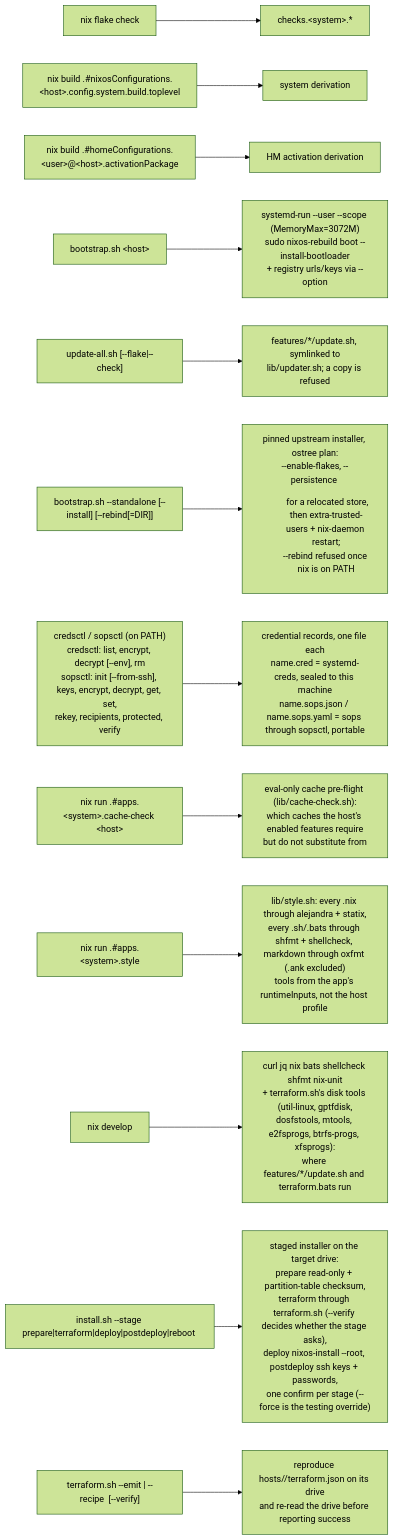
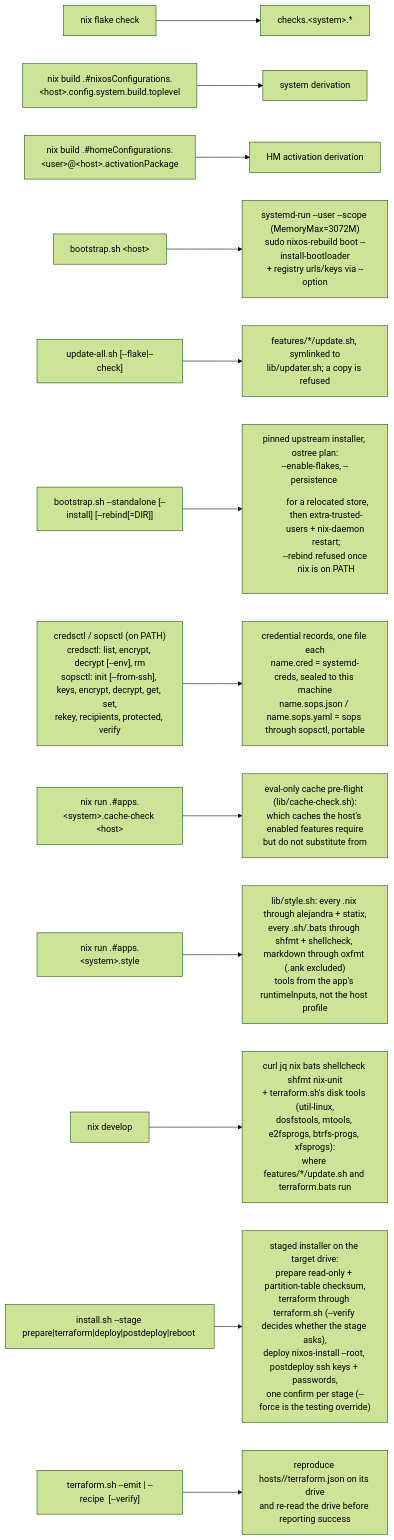
The seventh of 7 diagrams in DESIGN.md (WombatFromHell/automatic-palm-tree), drawn with Mermaid (forest theme) before and after one commit. The commit also changed other lines of this file and 9 other files, not shown here.

Commit message:
disk tooling is sfdisk everywhere, and terraform.sh creates the mount root before mounting it

````diff
--- a/DESIGN.md
+++ b/DESIGN.md
@@ -394,15 +394,15 @@
 ```mermaid
 flowchart LR
   E["nix flake check"] --> CK["checks.&lt;system&gt;.*"]
   E2["nix build .#nixosConfigurations.&lt;host&gt;.config.system.build.toplevel"] --> NC["system derivation"]
   E3["nix build .#homeConfigurations.&lt;user&gt;@&lt;host&gt;.activationPackage"] --> HC["HM activation derivation"]
   E4["bootstrap.sh &lt;host&gt;"] --> RB["systemd-run --user --scope (MemoryMax=3072M)<br/>sudo nixos-rebuild boot --install-bootloader<br/>+ registry urls/keys via --option"]
   E5["update-all.sh [--flake|--check]"] --> UP["features/*/update.sh, symlinked to<br/>lib/updater.sh; a copy is refused"]
   E6["bootstrap.sh --standalone [--install] [--rebind[=DIR]]"] --> IN["pinned upstream installer, ostree plan:<br/>--enable-flakes, --persistence <dir> for a relocated store,<br/>then extra-trusted-users + nix-daemon restart;<br/>--rebind refused once nix is on PATH"]
   E7["credsctl / sopsctl (on PATH)<br/>credsctl: list, encrypt, decrypt [--env], rm<br/>sopsctl: init [--from-ssh], keys, encrypt, decrypt, get, set,<br/>rekey, recipients, protected, verify"] --> CR["credential records, one file each<br/>name.cred = systemd-creds, sealed to this machine<br/>name.sops.json / name.sops.yaml = sops through sopsctl, portable"]
   E8["nix run .#apps.&lt;system&gt;.cache-check &lt;host&gt;"] --> CF["eval-only cache pre-flight (lib/cache-check.sh):<br/>which caches the host's enabled features require<br/>but do not substitute from"]
   E9["nix run .#apps.&lt;system&gt;.style"] --> ST["lib/style.sh: every .nix through alejandra + statix,<br/>every .sh/.bats through shfmt + shellcheck, markdown through oxfmt (.ank excluded)<br/>tools from the app's runtimeInputs, not the host profile"]
-  E10["nix develop"] --> DEV["curl jq nix bats shellcheck shfmt nix-unit<br/>+ terraform.sh's disk tools (util-linux, gptfdisk,<br/>dosfstools, mtools, e2fsprogs, btrfs-progs, xfsprogs):<br/>where features/*/update.sh and terraform.bats run"]
+  E10["nix develop"] --> DEV["curl jq nix bats shellcheck shfmt nix-unit<br/>+ terraform.sh's disk tools (util-linux,<br/>dosfstools, mtools, e2fsprogs, btrfs-progs, xfsprogs):<br/>where features/*/update.sh and terraform.bats run"]
   E11["install.sh --stage prepare|terraform|deploy|postdeploy|reboot <host>"] --> INS["staged installer on the target drive:<br/>prepare read-only + partition-table checksum,<br/>terraform through terraform.sh (--verify decides whether the stage asks),<br/>deploy nixos-install --root, postdeploy ssh keys + passwords,<br/>one confirm per stage (--force is the testing override)"]
   E12["terraform.sh --emit | --recipe <file> [--verify]"] --> DRV["reproduce hosts/<host>/terraform.json on its drive<br/>and re-read the drive before reporting success"]
 ```
````
